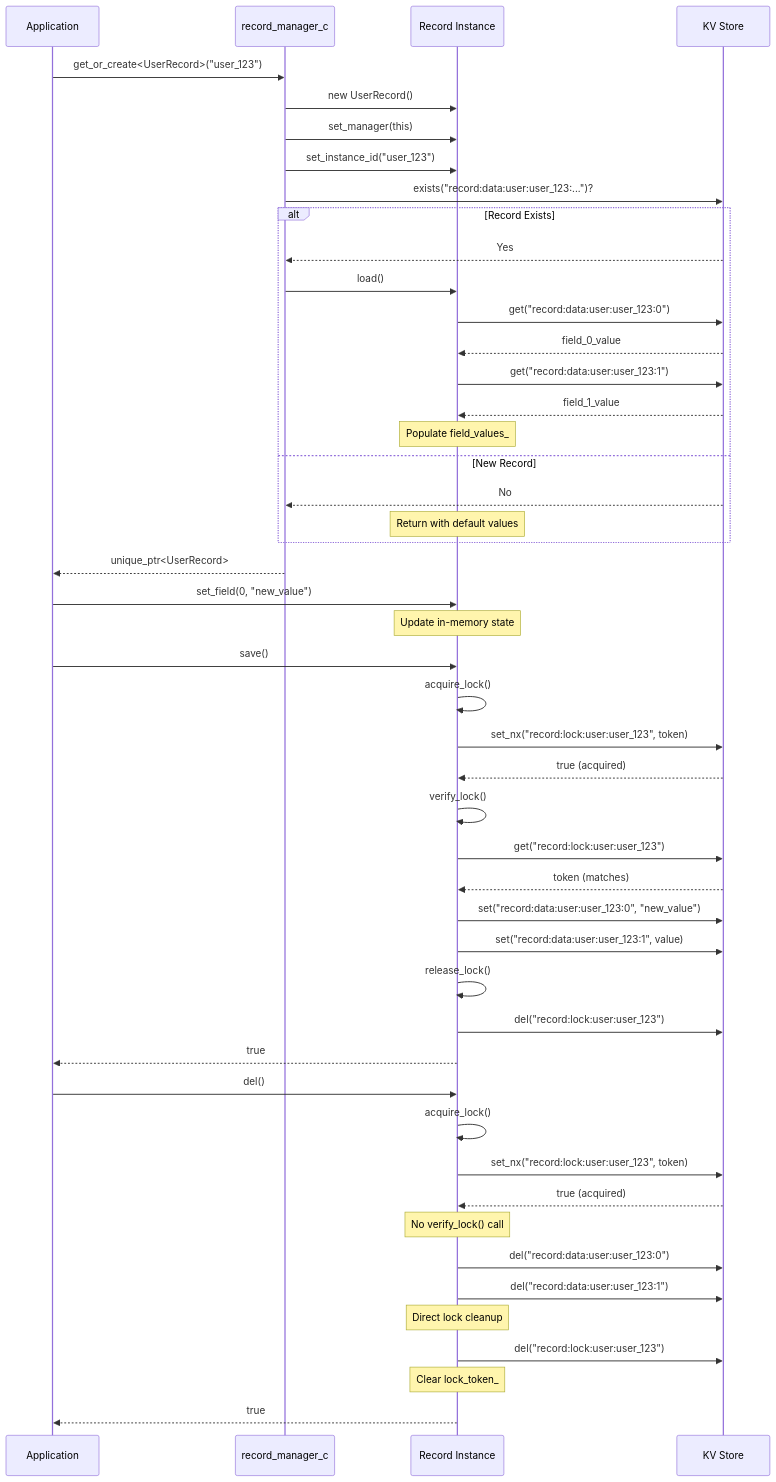
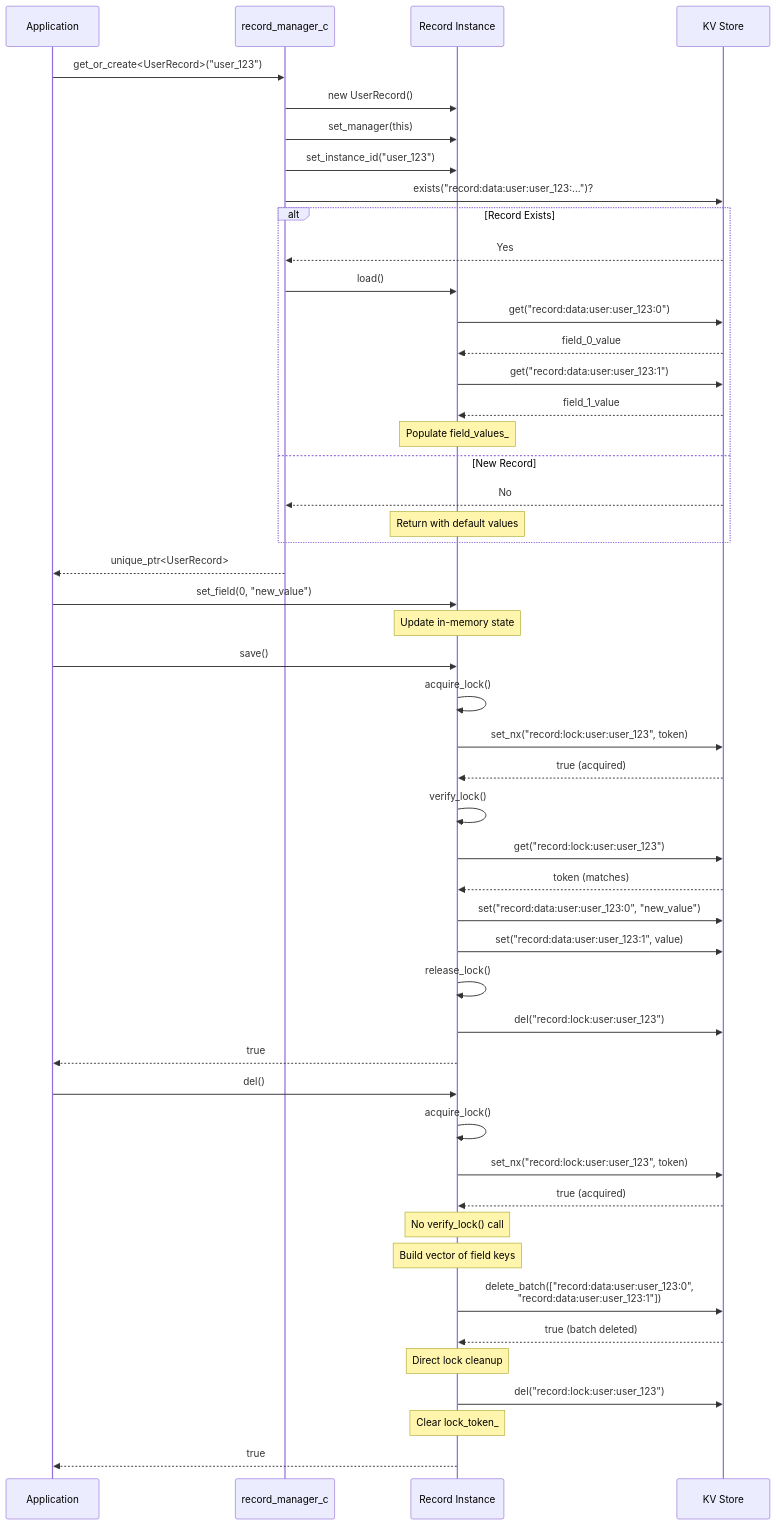
The third of 7 diagrams in pkg/record/about.md (bosley/sxs), drawn with Mermaid before and after one commit. The commit also changed other lines of this file and 9 other files, not shown here.

````diff
--- a/pkg/record/about.md
+++ b/pkg/record/about.md
@@ -117,57 +117,58 @@
 ```mermaid
 sequenceDiagram
     participant App as Application
     participant Mgr as record_manager_c
     participant Rec as Record Instance
     participant Store as KV Store
     
     App->>Mgr: get_or_create<UserRecord>("user_123")
     Mgr->>Rec: new UserRecord()
     Mgr->>Rec: set_manager(this)
     Mgr->>Rec: set_instance_id("user_123")
     
     Mgr->>Store: exists("record:data:user:user_123:...")?
     
     alt Record Exists
         Store-->>Mgr: Yes
         Mgr->>Rec: load()
         Rec->>Store: get("record:data:user:user_123:0")
         Store-->>Rec: field_0_value
         Rec->>Store: get("record:data:user:user_123:1")
         Store-->>Rec: field_1_value
         Note over Rec: Populate field_values_
     else New Record
         Store-->>Mgr: No
         Note over Rec: Return with default values
     end
     
     Mgr-->>App: unique_ptr<UserRecord>
     
     App->>Rec: set_field(0, "new_value")
     Note over Rec: Update in-memory state
     
     App->>Rec: save()
     Rec->>Rec: acquire_lock()
     Rec->>Store: set_nx("record:lock:user:user_123", token)
     Store-->>Rec: true (acquired)
     Rec->>Rec: verify_lock()
     Rec->>Store: get("record:lock:user:user_123")
     Store-->>Rec: token (matches)
     Rec->>Store: set("record:data:user:user_123:0", "new_value")
     Rec->>Store: set("record:data:user:user_123:1", value)
     Rec->>Rec: release_lock()
     Rec->>Store: del("record:lock:user:user_123")
     Rec-->>App: true
     
     App->>Rec: del()
     Rec->>Rec: acquire_lock()
     Rec->>Store: set_nx("record:lock:user:user_123", token)
     Store-->>Rec: true (acquired)
     Note over Rec: No verify_lock() call
-    Rec->>Store: del("record:data:user:user_123:0")
-    Rec->>Store: del("record:data:user:user_123:1")
+    Note over Rec: Build vector of field keys
+    Rec->>Store: delete_batch(["record:data:user:user_123:0",<br/>"record:data:user:user_123:1"])
+    Store-->>Rec: true (batch deleted)
     Note over Rec: Direct lock cleanup
     Rec->>Store: del("record:lock:user:user_123")
     Note over Rec: Clear lock_token_
     Rec-->>App: true
 ```
````
